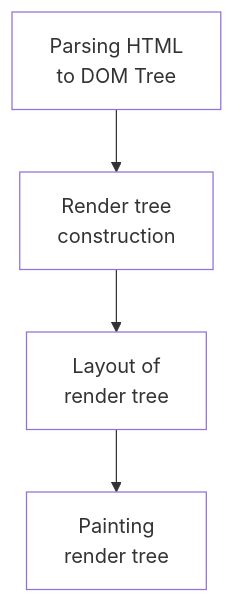
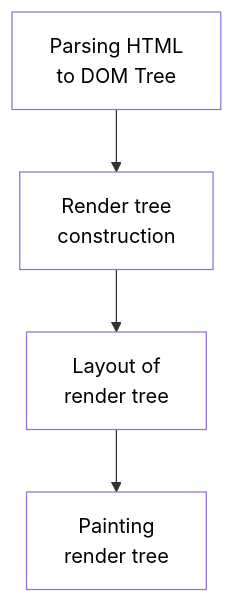
The third of 4 diagrams in Week-1/Browser.md (pesto-students/p3-priyanka-aravinthraaj), drawn with Mermaid before and after one commit. The commit also changed other lines of this file, not shown here.

````diff
--- a/Week-1/Browser.md
+++ b/Week-1/Browser.md
@@ -75,12 +75,12 @@
 ```mermaid
   flowchart TB;
       1[Parsing HTML \n to DOM Tree];
       2[Render tree \n construction];
       3[Layout of \n render tree];
       4[Painting \n render tree];
       1-->2-->3-->4;
-      style 1 fill:#fff
-      style 2 fill:#fff
-      style 3 fill:#fff
-      style 4 fill:#fff
+      style 1 fill:#fff,color:#000
+      style 2 fill:#fff,color:#000
+      style 3 fill:#fff,color:#000
+      style 4 fill:#fff,color:#000
 ```
````
